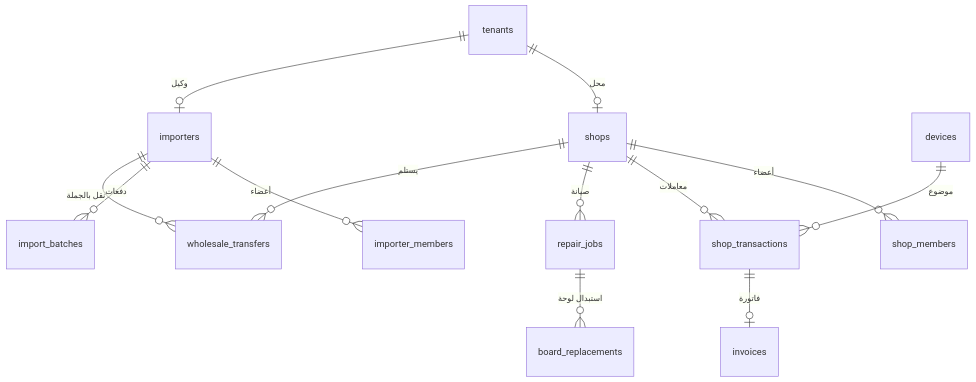
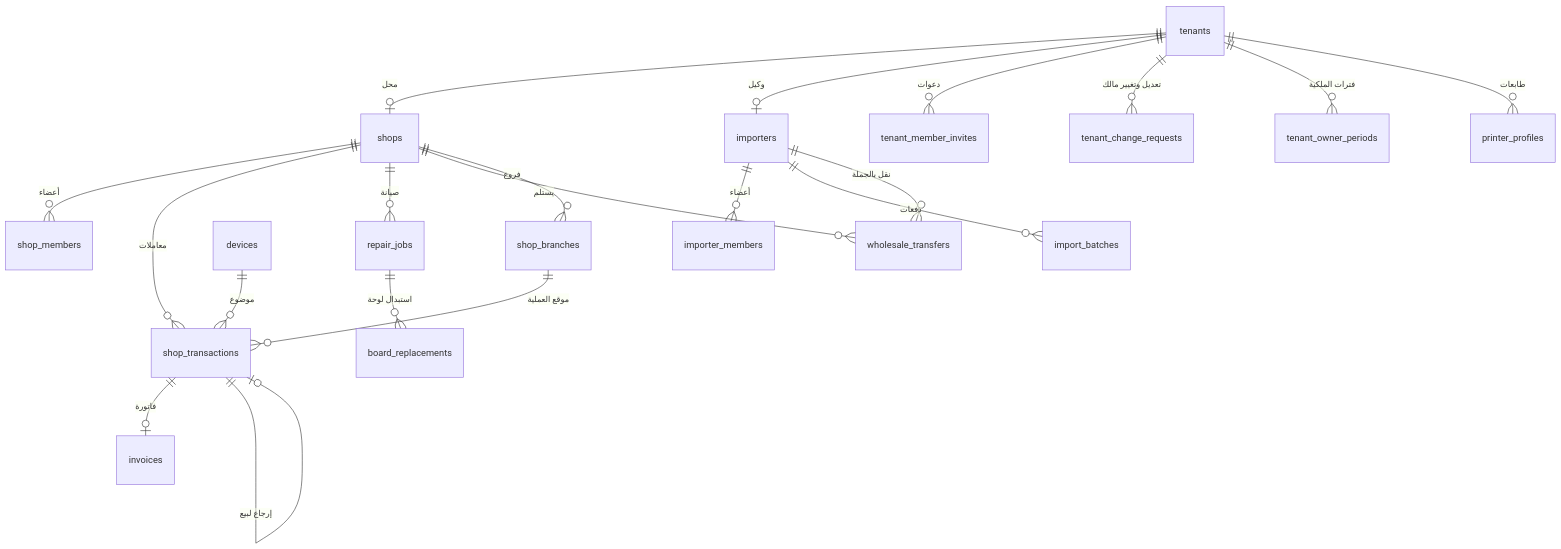
Before and after one commit to servacode/imei: the fourth of 10 diagrams in docs/09-data-model.md, drawn with Mermaid. The commit also changed other lines of this file and 15 other files, not shown here.

````diff
--- a/docs/09-data-model.md
+++ b/docs/09-data-model.md
@@ -140,15 +171,22 @@
 ```mermaid
 erDiagram
     tenants ||--o| shops : "محل"
     tenants ||--o| importers : "وكيل"
     shops ||--o{ shop_members : "أعضاء"
     importers ||--o{ importer_members : "أعضاء"
     shops ||--o{ shop_transactions : "معاملات"
     shop_transactions ||--o| invoices : "فاتورة"
     devices ||--o{ shop_transactions : "موضوع"
     shops ||--o{ repair_jobs : "صيانة"
     repair_jobs ||--o{ board_replacements : "استبدال لوحة"
     importers ||--o{ import_batches : "دفعات"
     importers ||--o{ wholesale_transfers : "نقل بالجملة"
     shops ||--o{ wholesale_transfers : "يستلم"
+    tenants ||--o{ tenant_member_invites : "دعوات"
+    tenants ||--o{ tenant_change_requests : "تعديل وتغيير مالك"
+    tenants ||--o{ tenant_owner_periods : "فترات الملكية"
+    shops ||--o{ shop_branches : "فروع"
+    shop_branches ||--o{ shop_transactions : "موقع العملية"
+    tenants ||--o{ printer_profiles : "طابعات"
+    shop_transactions ||--o| shop_transactions : "إرجاع لبيع"
 ```
````
